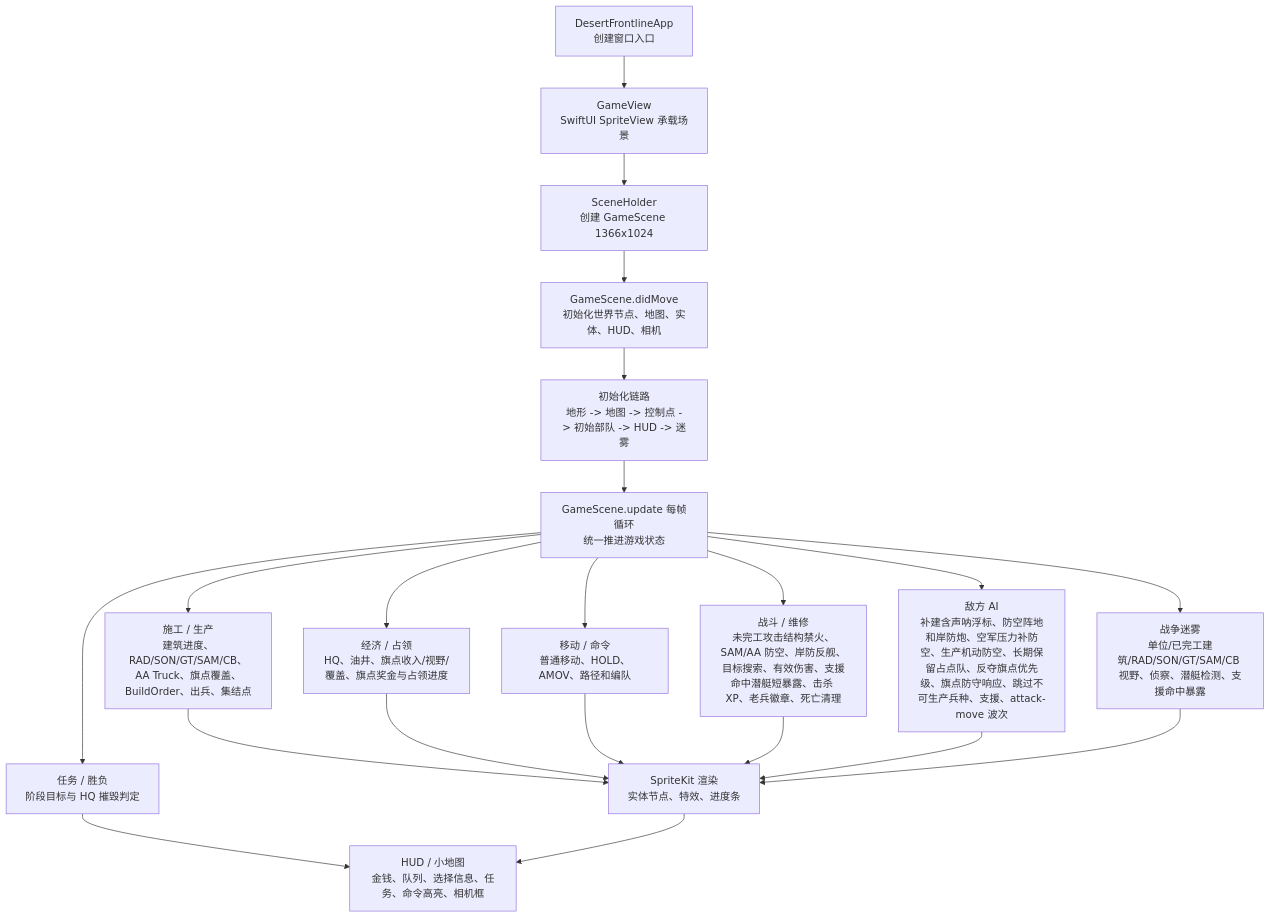
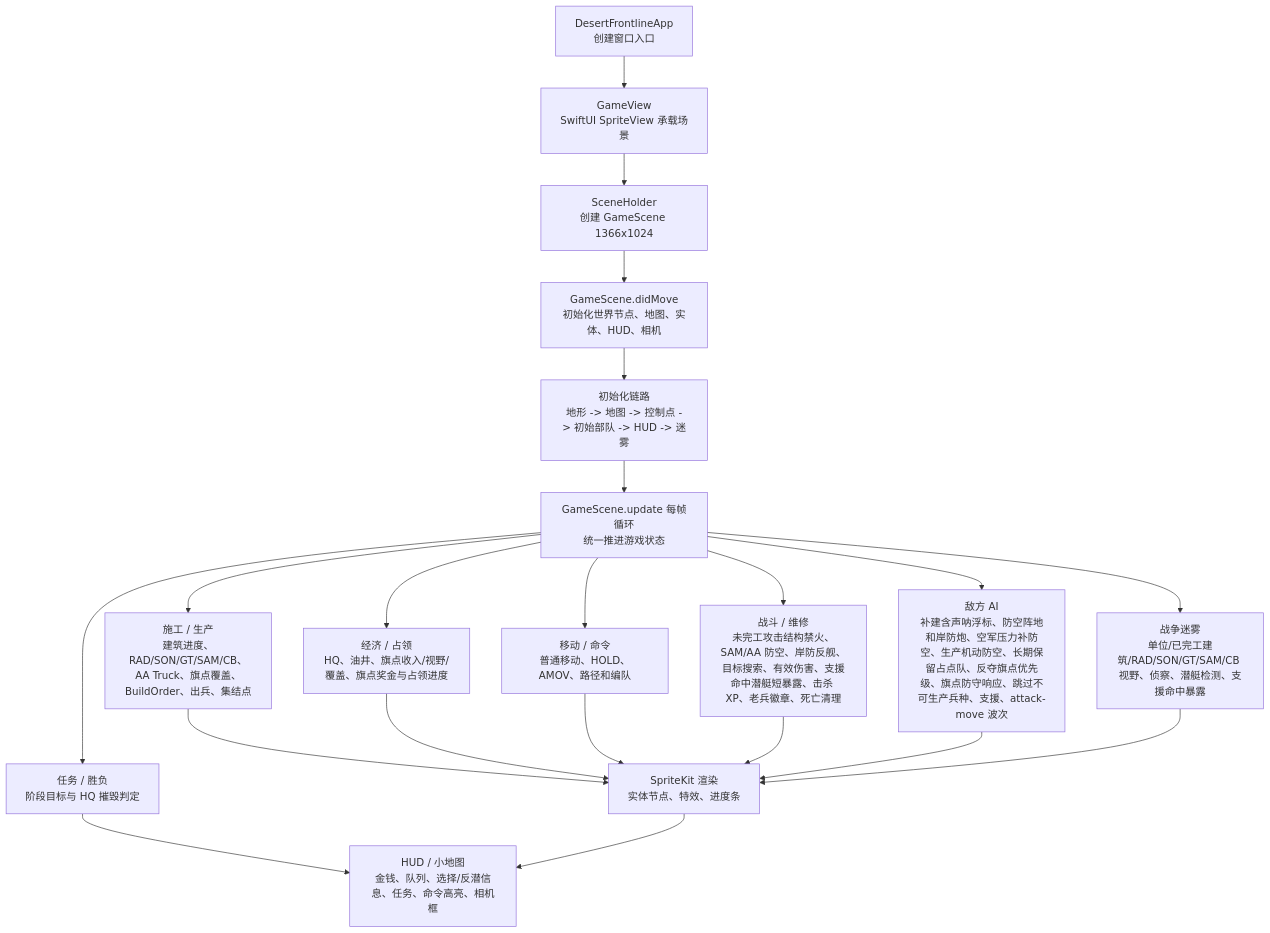
One commit to Altman-sam114/1145 changed the first of 3 diagrams in md/flow/flowchart.md. Above: the diagram before and after it, drawn with Mermaid. The commit also changed 4 other files, not shown here.

````diff
--- a/md/flow/flowchart.md
+++ b/md/flow/flowchart.md
@@ -9,23 +9,23 @@
 ```mermaid
 flowchart TD
   App["DesertFrontlineApp\n创建窗口入口"] --> View["GameView\nSwiftUI SpriteView 承载场景"]
   View --> Holder["SceneHolder\n创建 GameScene 1366x1024"]
   Holder --> Scene["GameScene.didMove\n初始化世界节点、地图、实体、HUD、相机"]
   Scene --> Init["初始化链路\n地形 -> 地图 -> 控制点 -> 初始部队 -> HUD -> 迷雾"]
   Init --> Loop["GameScene.update 每帧循环\n统一推进游戏状态"]
   Loop --> Build["施工 / 生产\n建筑进度、RAD/SON/GT/SAM/CB、AA Truck、旗点覆盖、BuildOrder、出兵、集结点"]
   Loop --> Economy["经济 / 占领\nHQ、油井、旗点收入/视野/覆盖、旗点奖金与占领进度"]
   Loop --> Commands["移动 / 命令\n普通移动、HOLD、AMOV、路径和编队"]
   Loop --> Combat["战斗 / 维修\n未完工攻击结构禁火、SAM/AA 防空、岸防反舰、目标搜索、有效伤害、支援命中潜艇短暴露、击杀 XP、老兵徽章、死亡清理"]
   Loop --> AI["敌方 AI\n补建含声呐浮标、防空阵地和岸防炮、空军压力补防空、生产机动防空、长期保留占点队、反夺旗点优先级、旗点防守响应、跳过不可生产兵种、支援、attack-move 波次"]
   Loop --> Fog["战争迷雾\n单位/已完工建筑/RAD/SON/GT/SAM/CB 视野、侦察、潜艇检测、支援命中暴露"]
   Loop --> Mission["任务 / 胜负\n阶段目标与 HQ 摧毁判定"]
   Build --> Render["SpriteKit 渲染\n实体节点、特效、进度条"]
   Economy --> Render
   Commands --> Render
   Combat --> Render
   AI --> Render
   Fog --> Render
-  Mission --> HUD["HUD / 小地图\n金钱、队列、选择信息、任务、命令高亮、相机框"]
+  Mission --> HUD["HUD / 小地图\n金钱、队列、选择/反潜信息、任务、命令高亮、相机框"]
   Render --> HUD
 ```
````
